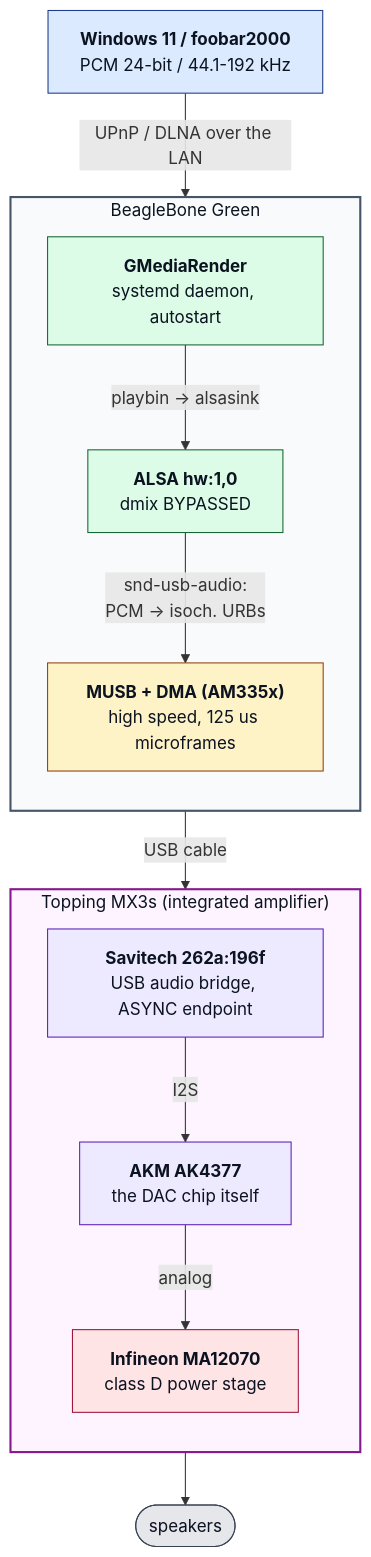
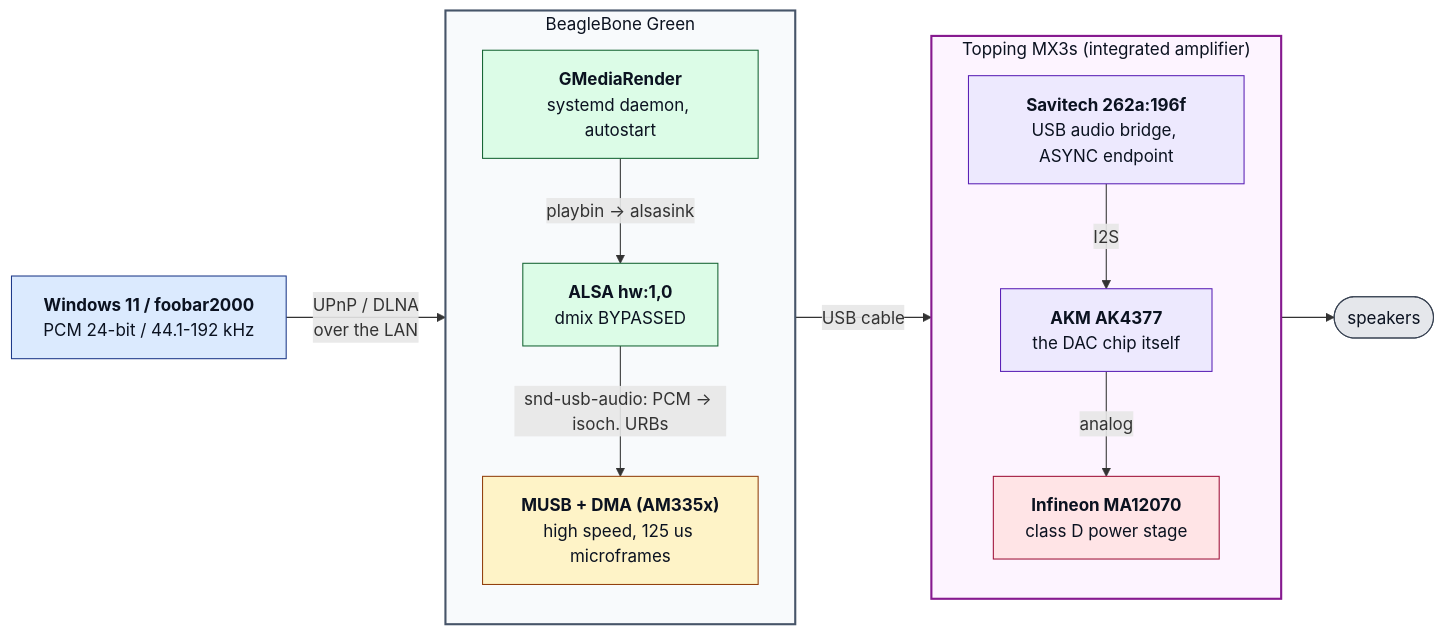
One commit to panedrone/beaglebone-gmediarender-valera changed the diagram in README.md. Above: the diagram before and after it, drawn with Mermaid.

Commit message:
Lay the signal path out horizontally so it fits on one screen
Eight stacked nodes ran off the bottom of the README viewport. Outer flow is
now LR with both subgraphs kept TB, so the chain reads as four columns of at
most three boxes.

The outer edges point at the subgraphs rather than at nodes inside them:
an edge landing on an inner node makes Mermaid discard that subgraph's own
direction and stack everything vertically again. The labels still read
correctly that way - the LAN link and the USB cable do connect the boxes
themselves.

````diff
--- a/README.md
+++ b/README.md
@@ -81,47 +81,47 @@
 ```mermaid
-flowchart TD
+flowchart LR
     SRC["<b>Windows 11 / foobar2000</b><br/>PCM 24-bit / 44.1-192 kHz"]
 
     subgraph BBG["BeagleBone Green"]
         direction TB
         GMR["<b>GMediaRender</b><br/>systemd daemon, autostart"]
         ALSA["<b>ALSA hw:1,0</b><br/>dmix BYPASSED"]
         MUSB["<b>MUSB + DMA (AM335x)</b><br/>high speed, 125 us microframes"]
         GMR -- "playbin &rarr; alsasink" --> ALSA
-        ALSA -- "snd-usb-audio:<br/>PCM &rarr; isoch. URBs" --> MUSB
+        ALSA -- "snd-usb-audio: PCM &rarr; isoch. URBs" --> MUSB
     end
 
     subgraph MX3S["Topping MX3s (integrated amplifier)"]
         direction TB
         SAV["<b>Savitech 262a:196f</b><br/>USB audio bridge, ASYNC endpoint"]
         AKM["<b>AKM AK4377</b><br/>the DAC chip itself"]
         MA["<b>Infineon MA12070</b><br/>class D power stage"]
         SAV -- "I2S" --> AKM
         AKM -- "analog" --> MA
     end
 
     SPK(["speakers"])
 
-    SRC -- "UPnP / DLNA over the LAN" --> GMR
-    MUSB -- "USB cable" --> SAV
-    MA --> SPK
+    SRC -- "UPnP / DLNA<br/>over the LAN" --> BBG
+    BBG -- "USB cable" --> MX3S
+    MX3S --> SPK
 
     classDef host fill:#dbeafe,stroke:#1e3a8a,stroke-width:1px,color:#0b1220
     classDef soft fill:#dcfce7,stroke:#166534,stroke-width:1px,color:#0b1220
     classDef kern fill:#fef3c7,stroke:#92400e,stroke-width:1px,color:#0b1220
     classDef digi fill:#ede9fe,stroke:#5b21b6,stroke-width:1px,color:#0b1220
     classDef anlg fill:#ffe4e6,stroke:#9f1239,stroke-width:1px,color:#0b1220
     classDef out  fill:#e5e7eb,stroke:#374151,stroke-width:1px,color:#0b1220
 
     class SRC host
     class GMR soft
     class ALSA soft
     class MUSB kern
     class SAV digi
     class AKM digi
     class MA anlg
     class SPK out
 
     style BBG fill:#f8fafc,stroke:#475569,stroke-width:2px,color:#0b1220
     style MX3S fill:#fdf4ff,stroke:#86198f,stroke-width:2px,color:#0b1220
 ```
````
